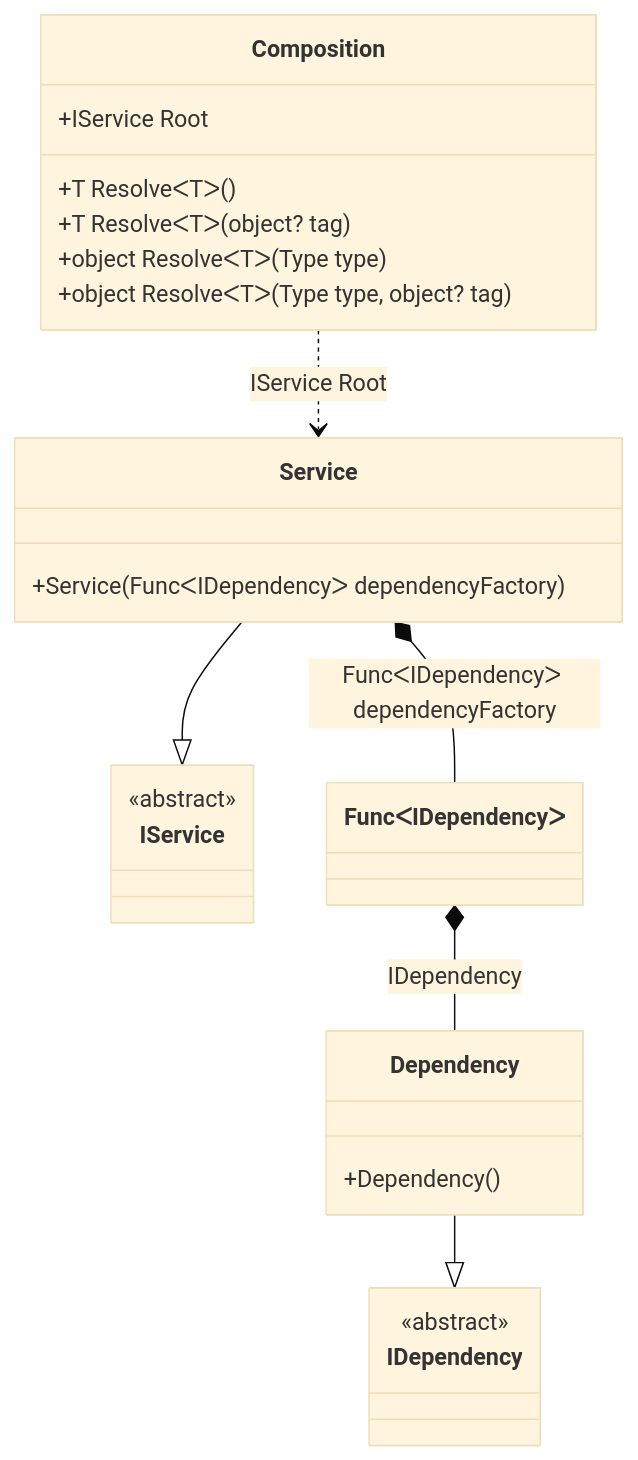
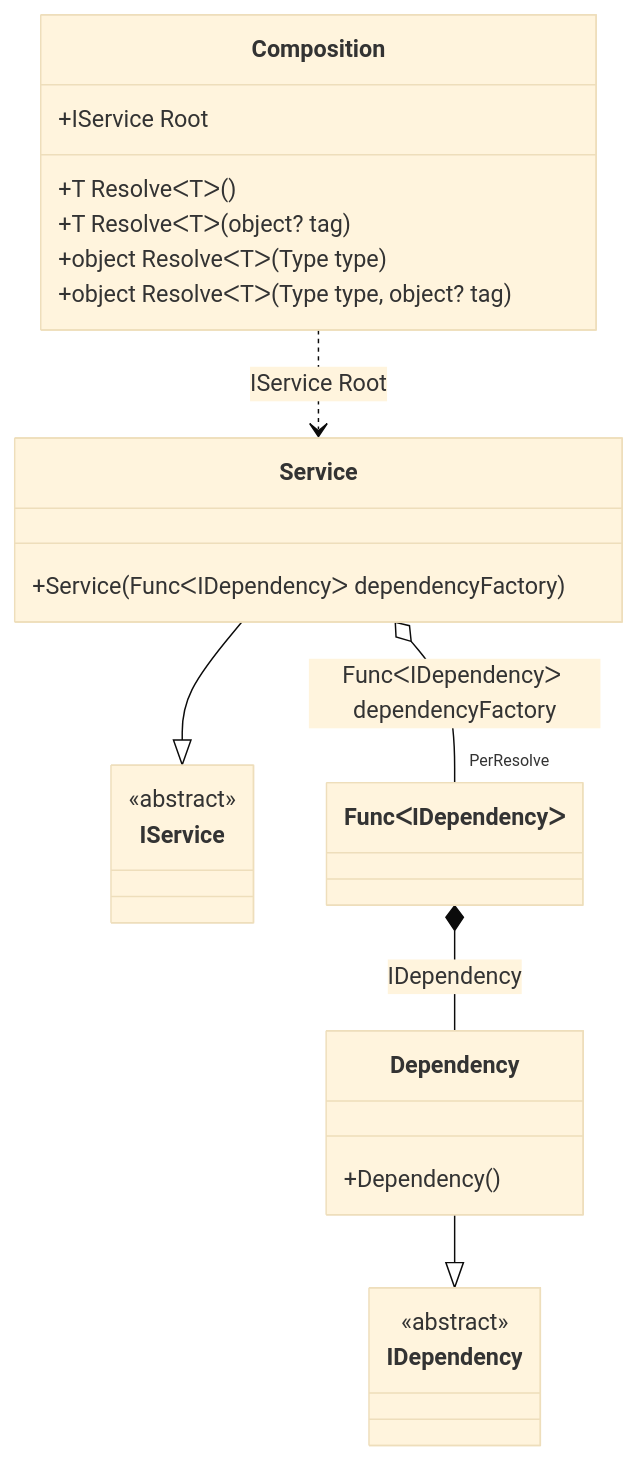
One commit to DevTeam/Pure.DI changed diagram 22 of 36 in readme/Examples.md. Above: the diagram before and after it, drawn with Mermaid (base theme). The commit also changed other lines of this file and 1 other file, not shown here.

````diff
--- a/readme/Examples.md
+++ b/readme/Examples.md
@@ -1746,28 +1746,28 @@
 ```mermaid
 classDiagram
   class Composition {
     +IService Root
     +T ResolveᐸTᐳ()
     +T ResolveᐸTᐳ(object? tag)
     +object ResolveᐸTᐳ(Type type)
     +object ResolveᐸTᐳ(Type type, object? tag)
   }
   Service --|> IService : 
   class Service {
     +Service(FuncᐸIDependencyᐳ dependencyFactory)
   }
   Dependency --|> IDependency : 
   class Dependency {
     +Dependency()
   }
   class FuncᐸIDependencyᐳ
   class IService {
     <<abstract>>
   }
   class IDependency {
     <<abstract>>
   }
-  Service *--  FuncᐸIDependencyᐳ : FuncᐸIDependencyᐳ dependencyFactory
+  Service o--  "PerResolve" FuncᐸIDependencyᐳ : FuncᐸIDependencyᐳ dependencyFactory
   Composition ..> Service : IService Root
   FuncᐸIDependencyᐳ *--  Dependency : IDependency
 ```
````
